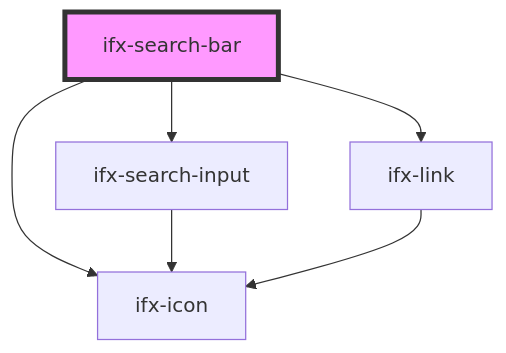
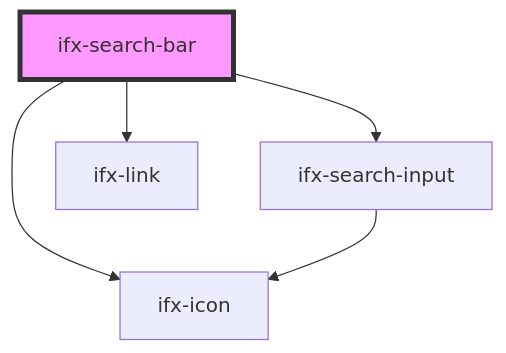
Before and after one commit to Infineon/infineon-design-system-stencil: the diagram in src/components/search-bar/readme.md, drawn with Mermaid. The commit also changed 2 other files, not shown here.

Commit message:
new component and readme included

````diff
--- a/src/components/search-bar/readme.md
+++ b/src/components/search-bar/readme.md
@@ -35,9 +35,8 @@
 ```mermaid
 graph TD;
   ifx-search-bar --> ifx-search-input
   ifx-search-bar --> ifx-icon
   ifx-search-bar --> ifx-link
   ifx-search-input --> ifx-icon
-  ifx-link --> ifx-icon
   style ifx-search-bar fill:#f9f,stroke:#333,stroke-width:4px
 ```
````
